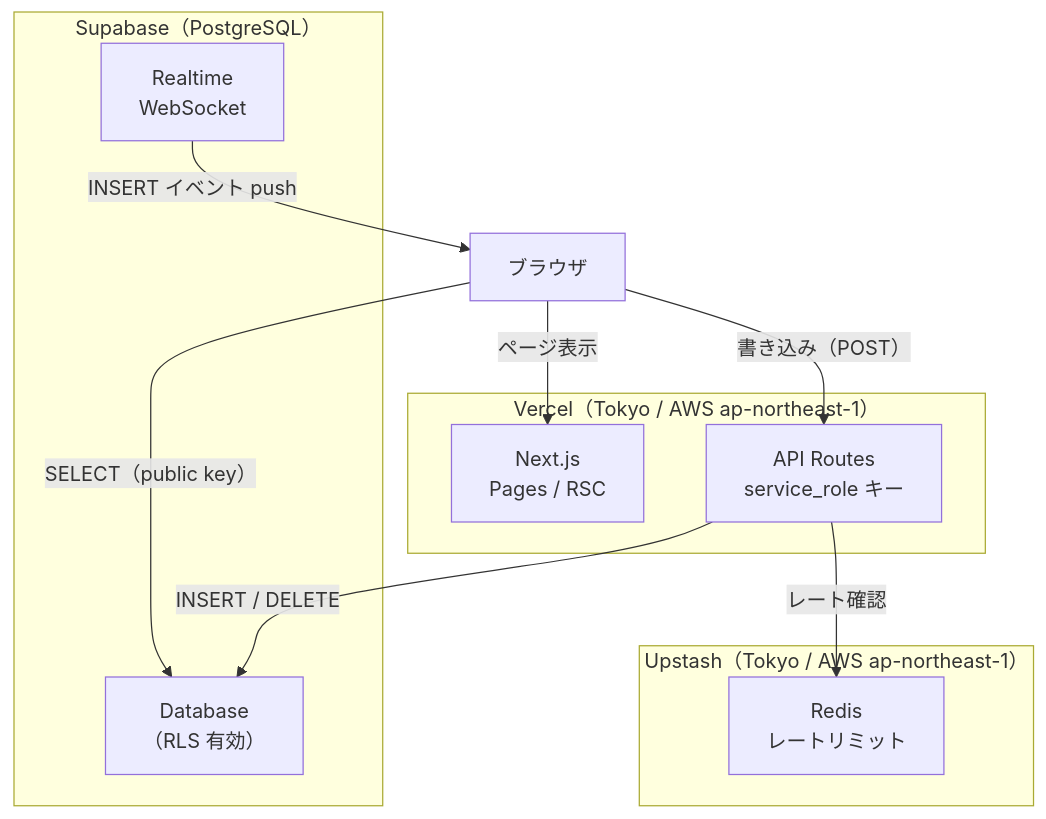
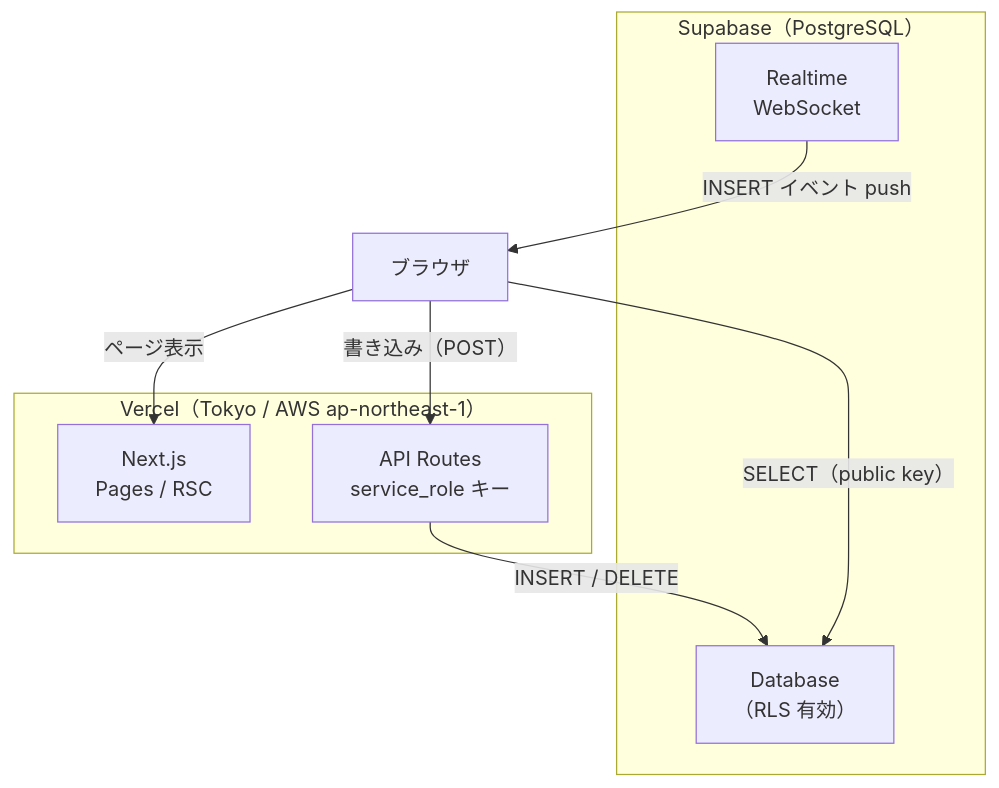
One commit to aki05162525/mahjong-app changed the diagram in docs/tech-stack.md. Above: the diagram before and after it, drawn with Mermaid. The commit also changed other lines of this file and 18 other files, not shown here.

````diff
--- a/docs/tech-stack.md
+++ b/docs/tech-stack.md
@@ -10,25 +10,20 @@
 ```mermaid
 graph TD
     Browser["ブラウザ"]
 
     subgraph Vercel["Vercel（Tokyo / AWS ap-northeast-1）"]
         Next["Next.js\nPages / RSC"]
         API["API Routes\nservice_role キー"]
     end
 
-    subgraph Upstash["Upstash（Tokyo / AWS ap-northeast-1）"]
-        Redis["Redis\nレートリミット"]
-    end
-
     subgraph Supabase["Supabase（PostgreSQL）"]
         DB["Database\n（RLS 有効）"]
         RT["Realtime\nWebSocket"]
     end
 
     Browser -->|"ページ表示"| Next
     Browser -->|"書き込み（POST）"| API
-    API -->|"レート確認"| Redis
     API -->|"INSERT / DELETE"| DB
     Browser -->|"SELECT（public key）"| DB
     RT -->|"INSERT イベント push"| Browser
 ```
````
